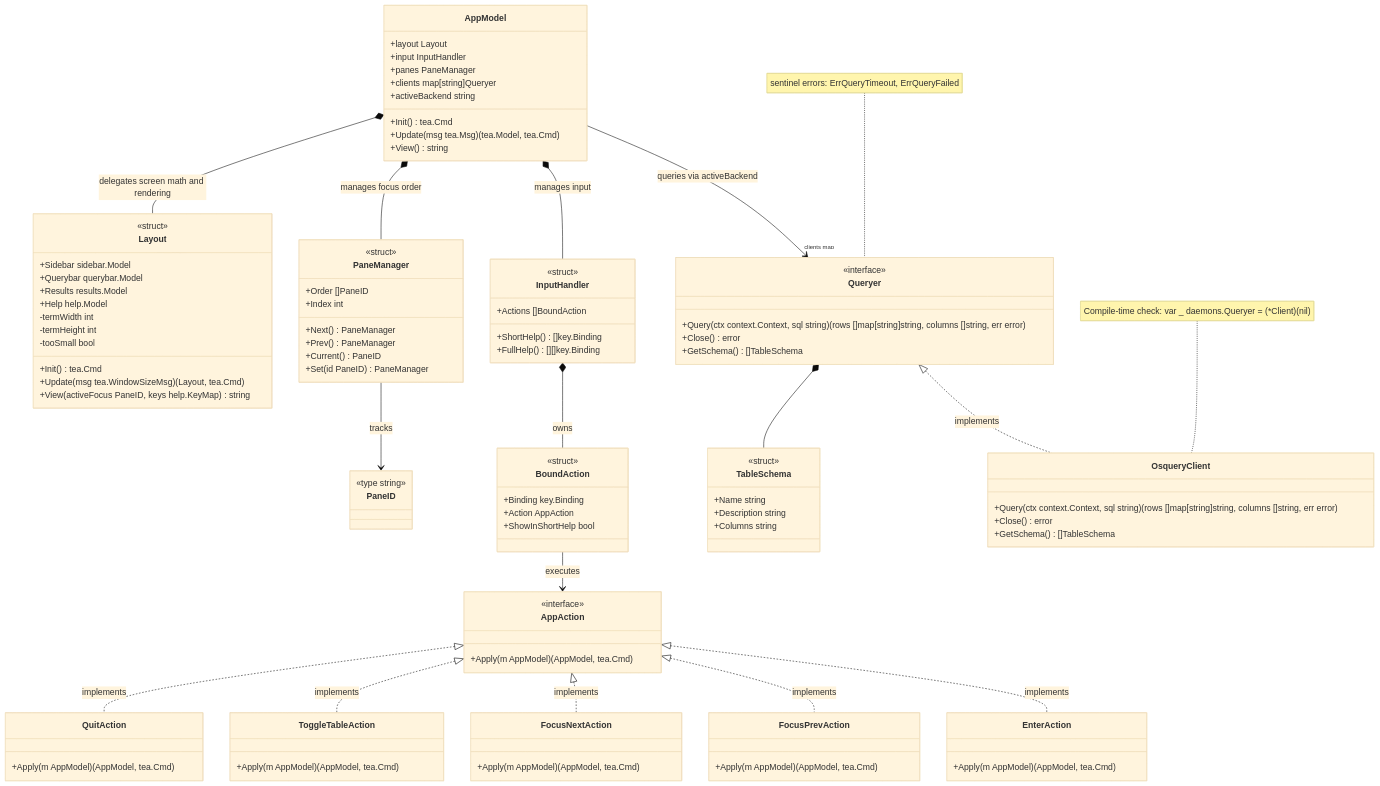
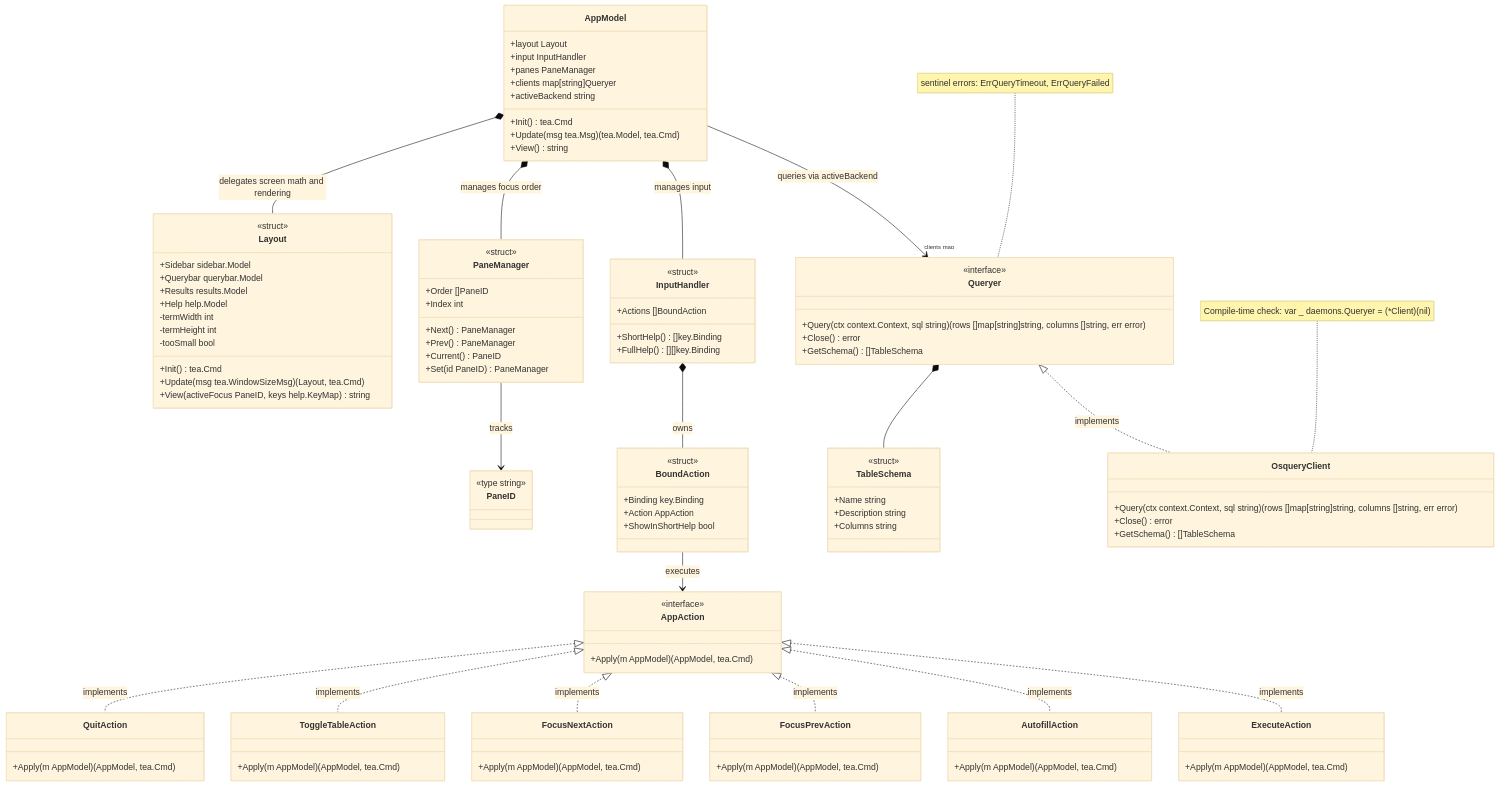
Before and after one commit to ajitm722/LazyOS: the first of 2 diagrams in docs/architecture.md, drawn with Mermaid (base theme). The commit also changed 14 other files, not shown here.

````diff
--- a/docs/architecture.md
+++ b/docs/architecture.md
@@ -72,7 +72,10 @@
     class FocusPrevAction {
         +Apply(m AppModel) (AppModel, tea.Cmd)
     }
-    class EnterAction {
+    class AutofillAction {
+        +Apply(m AppModel) (AppModel, tea.Cmd)
+    }
+    class ExecuteAction {
         +Apply(m AppModel) (AppModel, tea.Cmd)
     }
 
@@ -119,7 +122,8 @@
     AppAction <|.. ToggleTableAction : implements
     AppAction <|.. FocusNextAction : implements
     AppAction <|.. FocusPrevAction : implements
-    AppAction <|.. EnterAction : implements
+    AppAction <|.. AutofillAction : implements
+    AppAction <|.. ExecuteAction : implements
     Queryer <|.. OsqueryClient : implements
     Queryer *-- TableSchema 
 ```
````
